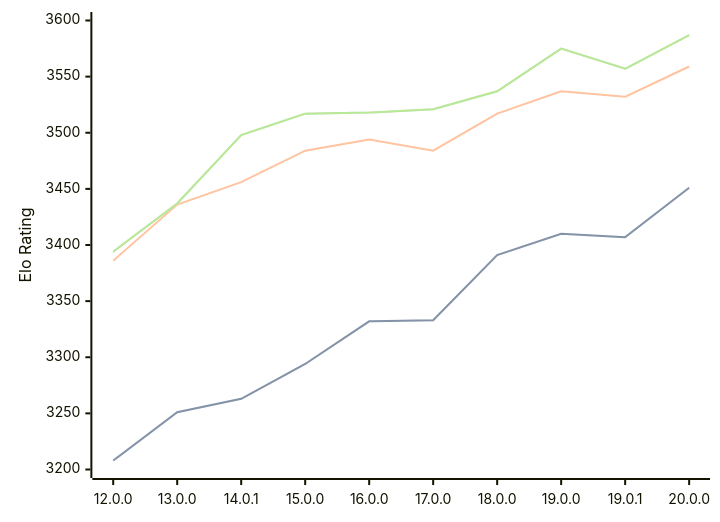
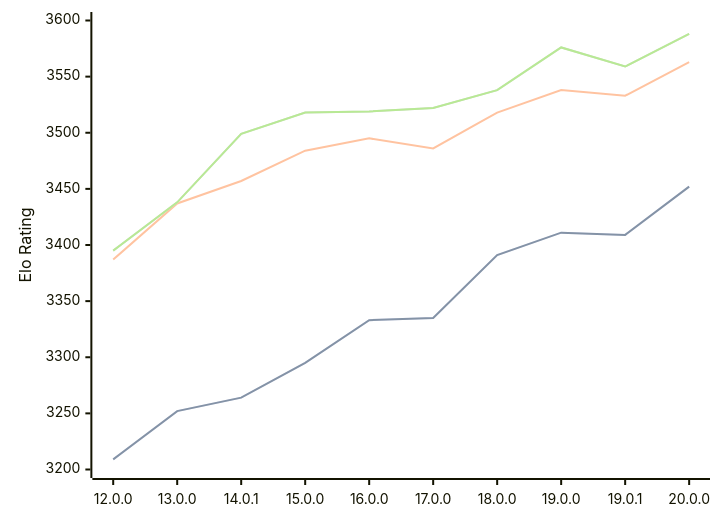
The diagram in engines/Viridithas.md (computer-chess-index/cci), drawn with Mermaid before and after one commit. The commit also changed other lines of this file, not shown here.

Commit message:
Update CCI Ratings (ELO VLTC) - 2026-09-08

````diff
--- a/engines/Viridithas.md
+++ b/engines/Viridithas.md
@@ -40,11 +40,11 @@
 ```mermaid
 %%{init: {"theme":"base","themeVariables":{"seriesColors:['#a3a3a3','#222221','#faa371']}}}%%
 xychart-beta
   x-axis ["12.0.0", "13.0.0", "14.0.1", "15.0.0", "16.0.0", "17.0.0", "18.0.0", "19.0.0", "19.0.1", "20.0.0"]
   y-axis "Elo Rating" 3200 --> 3600
-  line "" [3208, 3251, 3263, 3294, 3332, 3333, 3391, 3410, 3407, 3451]
-  line "STC (8.0+0.08s)" [3208, 3251, 3263, 3294, 3332, 3333, 3391, 3410, 3407, 3451]
-  line "LTC (60.0+0.60s)" [3386, 3436, 3456, 3484, 3494, 3484, 3517, 3537, 3532, 3559]
-  line "" [3394, 3437, 3498, 3517, 3518, 3521, 3537, 3575, 3557, 3587]
-  line "VLTC (2m24s+1.12s)" [3394, 3437, 3498, 3517, 3518, 3521, 3537, 3575, 3557, 3587]
+  line "" [3209, 3252, 3264, 3295, 3333, 3335, 3391, 3411, 3409, 3452]
+  line "STC (8.0+0.08s)" [3209, 3252, 3264, 3295, 3333, 3335, 3391, 3411, 3409, 3452]
+  line "LTC (60.0+0.60s)" [3387, 3437, 3457, 3484, 3495, 3486, 3518, 3538, 3533, 3563]
+  line "" [3395, 3438, 3499, 3518, 3519, 3522, 3538, 3576, 3559, 3588]
+  line "VLTC (2m24s+1.12s)" [3395, 3438, 3499, 3518, 3519, 3522, 3538, 3576, 3559, 3588]
 ```
````
